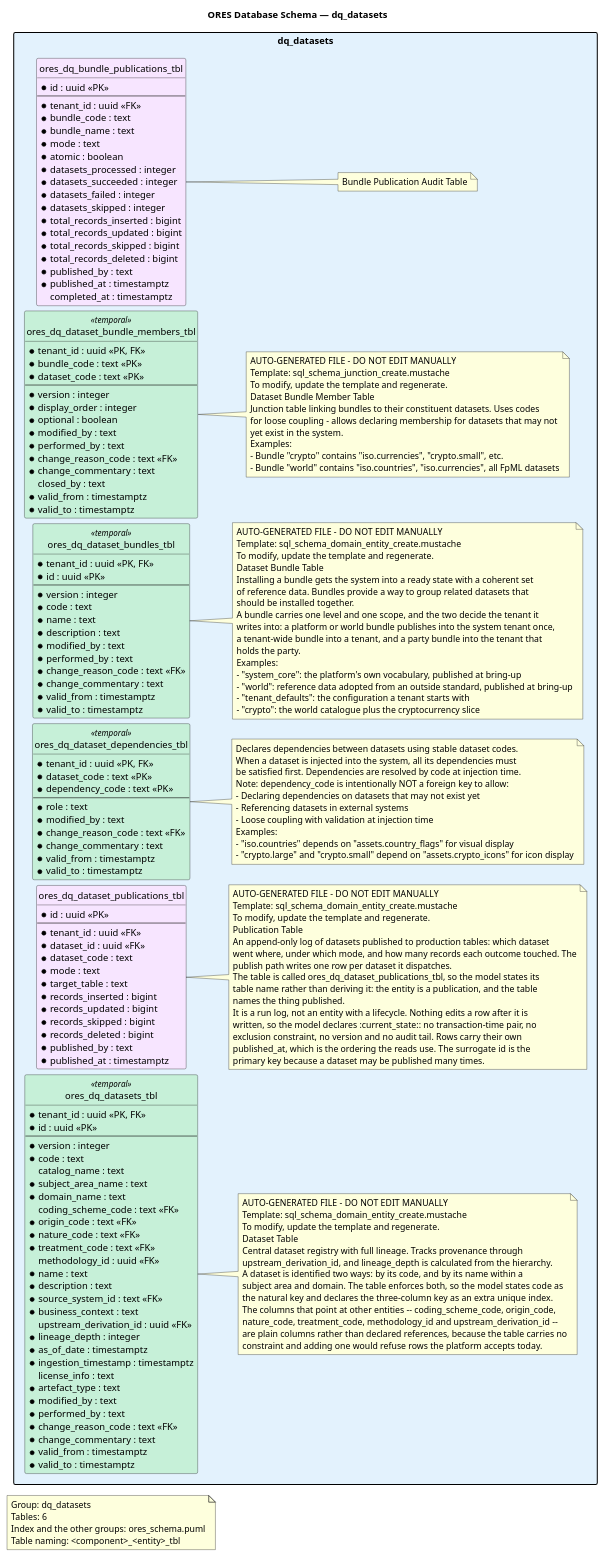
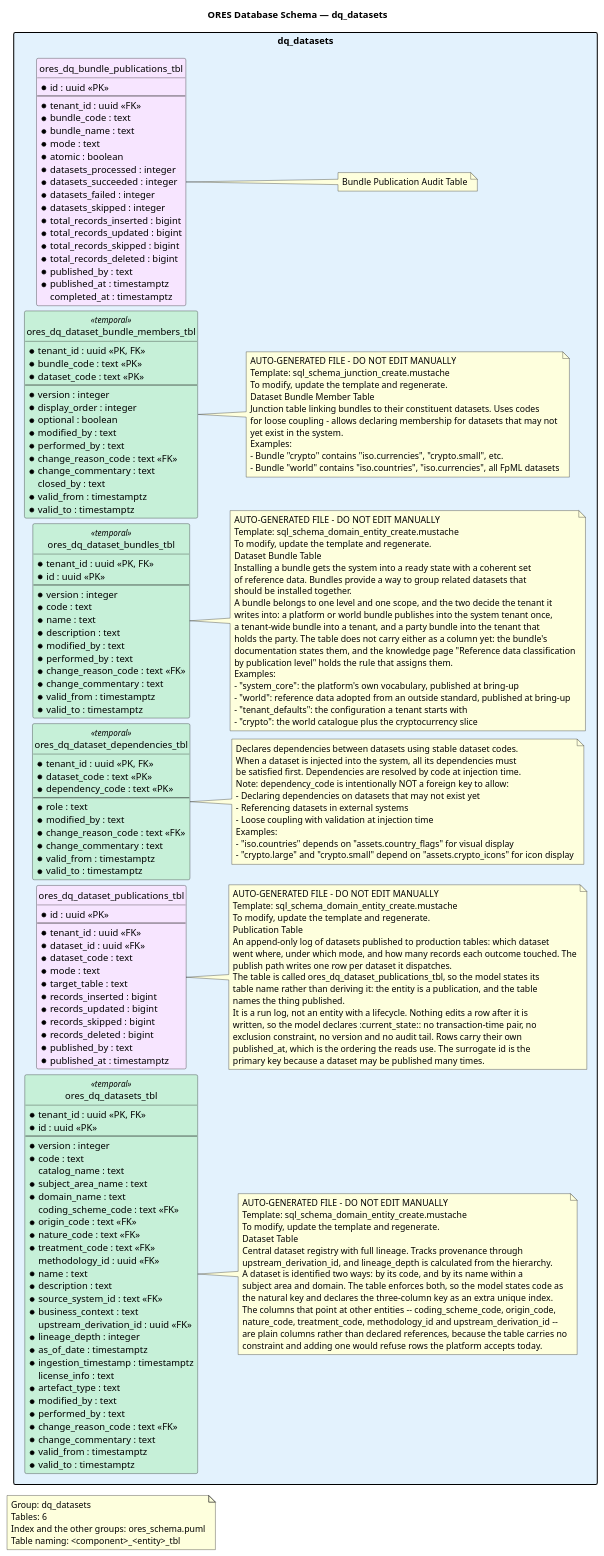
Before and after one commit to OreStudio/OreStudio: the diagram in projects/ores.sql/modeling/ores_schema.dq_datasets.puml, drawn with PlantUML. The commit also changed 18 other files, not shown here.

```diff
--- a/projects/ores.sql/modeling/ores_schema.dq_datasets.puml
+++ b/projects/ores.sql/modeling/ores_schema.dq_datasets.puml
@@ -120,10 +120,12 @@
     Installing a bundle gets the system into a ready state with a coherent set
     of reference data. Bundles provide a way to group related datasets that
     should be installed together.
-    A bundle carries one level and one scope, and the two decide the tenant it
+    A bundle belongs to one level and one scope, and the two decide the tenant it
     writes into: a platform or world bundle publishes into the system tenant once,
     a tenant-wide bundle into a tenant, and a party bundle into the tenant that
-    holds the party.
+    holds the party. The table does not carry either as a column yet: the bundle's
+    documentation states them, and the knowledge page "Reference data classification
+    by publication level" holds the rule that assigns them.
     Examples:
     - "system_core": the platform's own vocabulary, published at bring-up
     - "world": reference data adopted from an outside standard, published at bring-up
```
